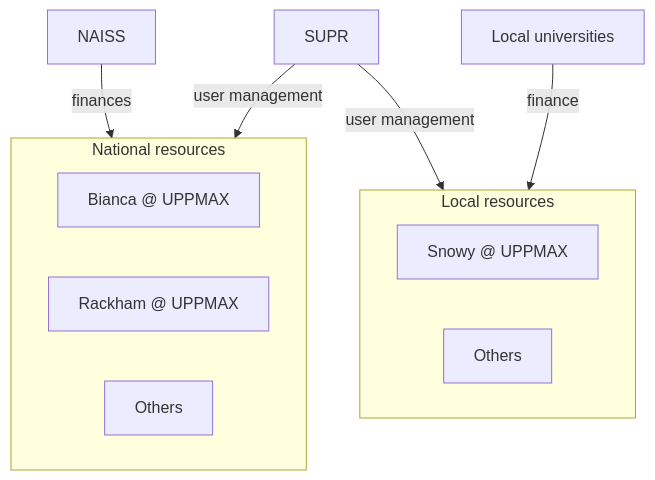
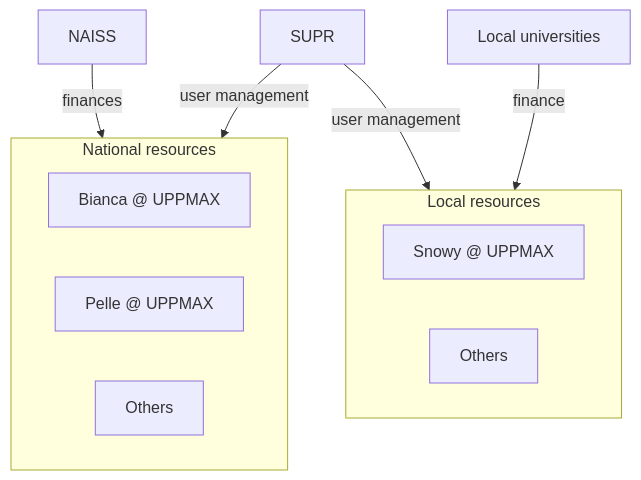
Before and after one commit to UPPMAX/uppmax_intro_day_1: the diagram in docs/sessions/naiss.md, drawn with Mermaid. The commit also changed other lines of this file and 17 other files, not shown here.

````diff
--- a/docs/sessions/naiss.md
+++ b/docs/sessions/naiss.md
@@ -24,19 +24,19 @@
 ```mermaid
 flowchart TD
   naiss[NAISS]
   supr[SUPR]
   local_universities[Local universities]
   subgraph national_resources[National resources]
     bianca[Bianca @ UPPMAX]
-    rackham[Rackham @ UPPMAX]
+    pelle[Pelle @ UPPMAX]
     other_national[Others]
   end
   subgraph local_resources[Local resources]
     snowy[Snowy @ UPPMAX]
     other_local[Others]
   end
   naiss --> |finances| national_resources
   local_universities --> |finance| local_resources
   supr --> |user management| national_resources
   supr --> |user management| local_resources
 ```
````
